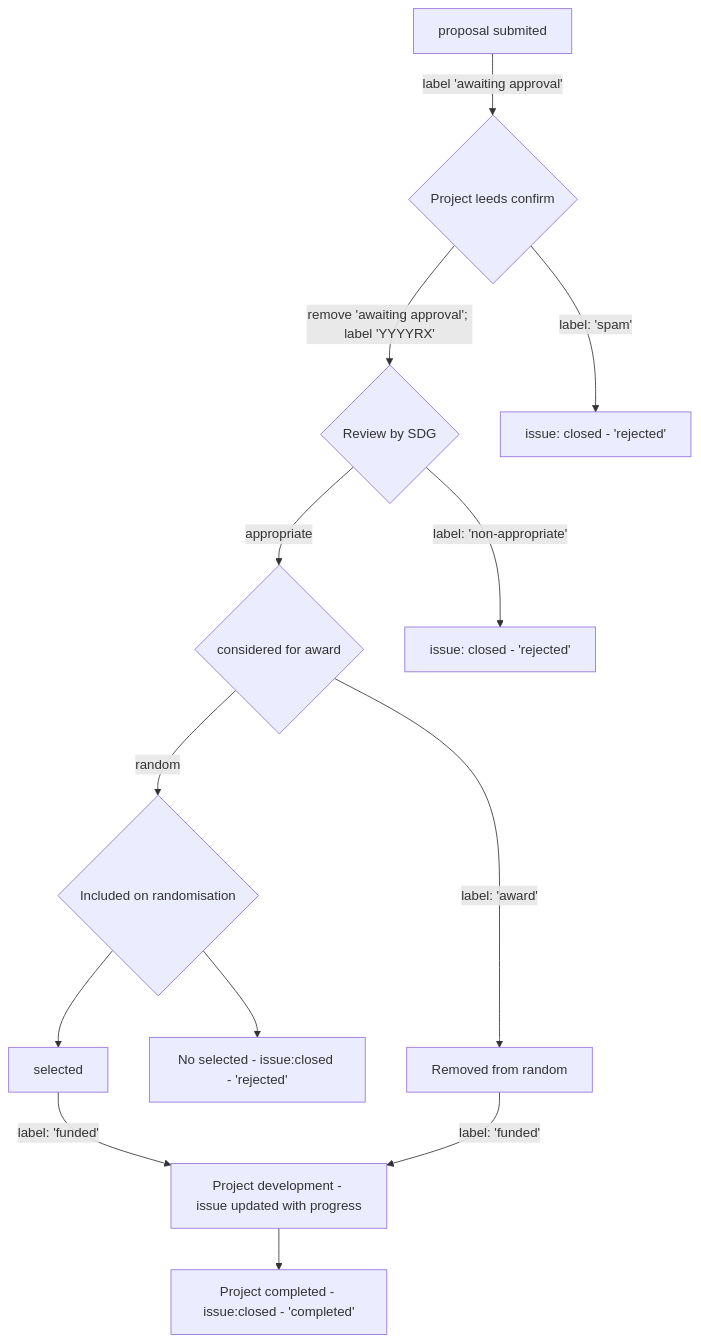
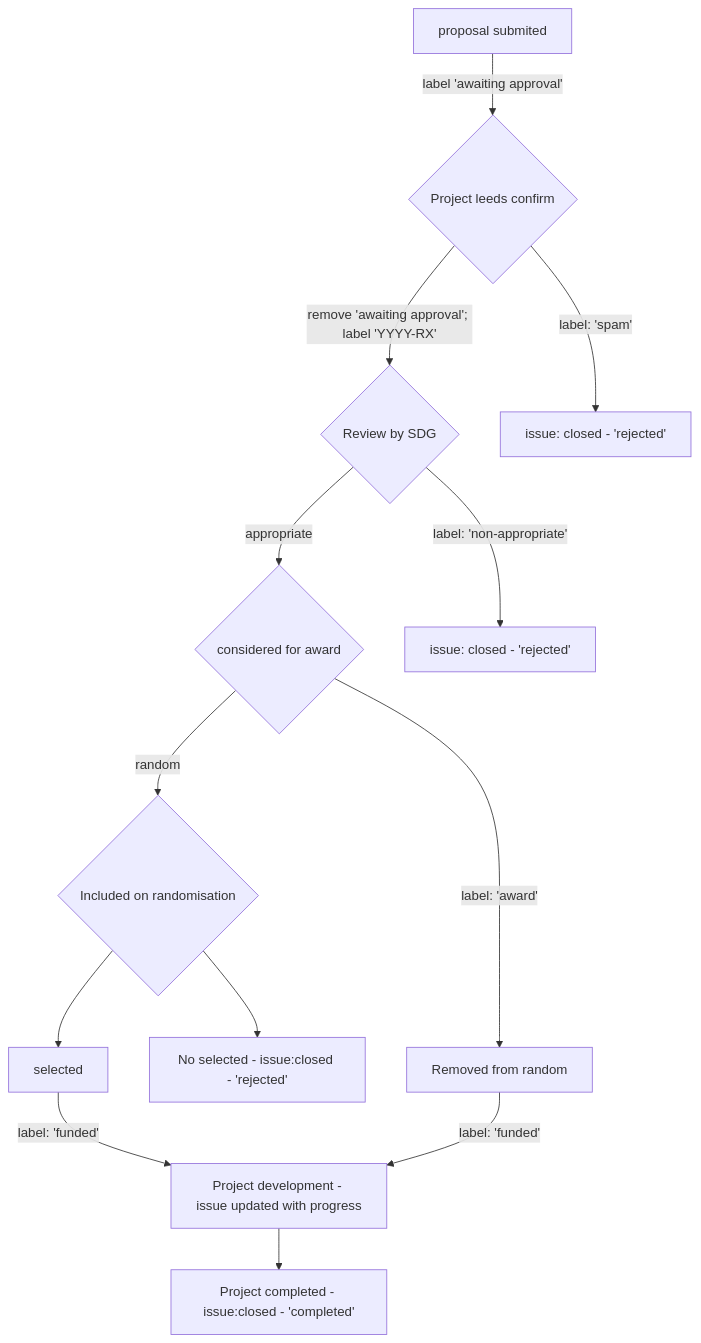
The diagram in README.md (numfocus/small-development-grant-proposals), drawn with Mermaid before and after one commit.

Commit message:
fix typo with labels for round

````diff
--- a/README.md
+++ b/README.md
@@ -39,15 +39,15 @@
 ```mermaid
 flowchart TD
     A[proposal submited] -->|label 'awaiting approval'| B{Project leeds confirm}
-    B --> |remove 'awaiting approval'; label 'YYYYRX'| C{Review by SDG}
+    B --> |remove 'awaiting approval'; label 'YYYY-RX'| C{Review by SDG}
     B --> |label: 'spam'| D[issue: closed - 'rejected']
     C -->|appropriate| E{considered for award}
     C -->|label: 'non-appropriate'| F[issue: closed - 'rejected']
     E -->|random| G{Included on randomisation}
     E -->|label: 'award'| H[Removed from random]
     G --> I[selected]
     G --> J[No selected - issue:closed - 'rejected']
     I --> |label: 'funded'| K[Project development - issue updated with progress]
     H --> |label: 'funded'| K
     K --> L[Project completed - issue:closed - 'completed']
 ```
````
